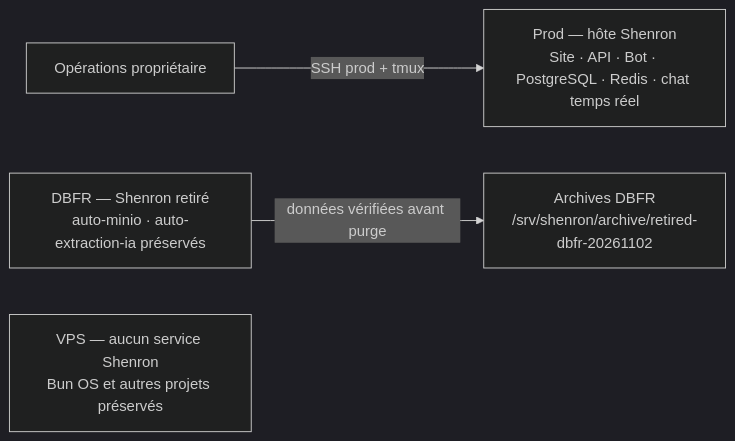
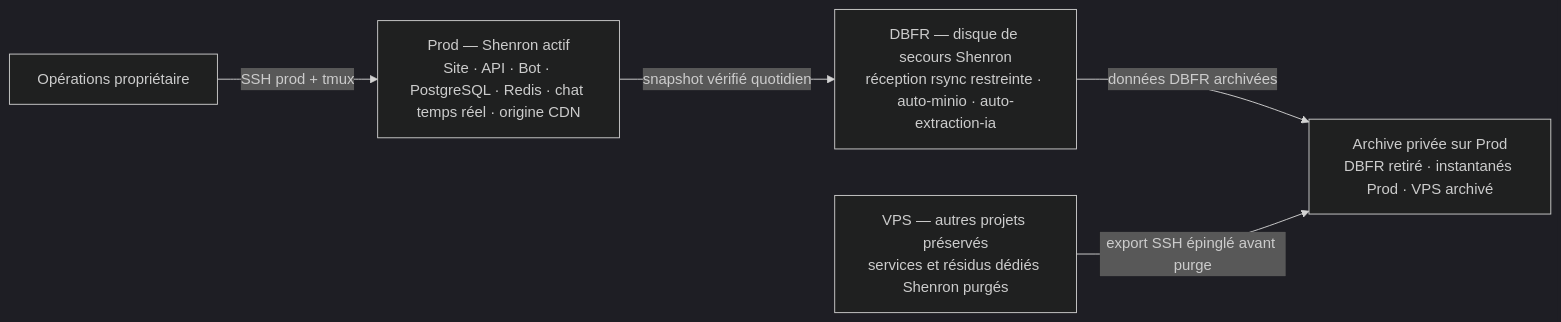
Before and after one commit to aphrody-labs/shenron: the diagram in docs/operations/PROD-HOSTING.md, drawn with Mermaid (dark theme). The commit also changed other lines of this file and 7 other files, not shown here.

```diff
--- a/docs/operations/PROD-HOSTING.md
+++ b/docs/operations/PROD-HOSTING.md
@@ -7,10 +7,12 @@
 ~~~mermaid
 flowchart LR
   Operateur["Opérations propriétaire"]
-  Prod["Prod — hôte Shenron<br/>Site · API · Bot · PostgreSQL · Redis · chat temps réel"]
-  Archive["Archives DBFR<br/>/srv/shenron/archive/retired-dbfr-20261102"]
-  DBFR["DBFR — Shenron retiré<br/>auto-minio · auto-extraction-ia préservés"]
-  VPS["VPS — aucun service Shenron<br/>Bun OS et autres projets préservés"]
+  Prod["Prod — Shenron actif<br/>Site · API · Bot · PostgreSQL · Redis · chat temps réel · origine CDN"]
+  DBFR["DBFR — disque de secours Shenron<br/>réception rsync restreinte · auto-minio · auto-extraction-ia"]
+  VPS["VPS — autres projets préservés<br/>services et résidus dédiés Shenron purgés"]
+  Archive["Archive privée sur Prod<br/>DBFR retiré · instantanés Prod · VPS archivé"]
   Operateur -->|SSH prod + tmux| Prod
-  DBFR -->|données vérifiées avant purge| Archive
+  Prod -->|snapshot vérifié quotidien| DBFR
+  DBFR -->|données DBFR archivées| Archive
+  VPS -->|export SSH épinglé avant purge| Archive
 ~~~
```
